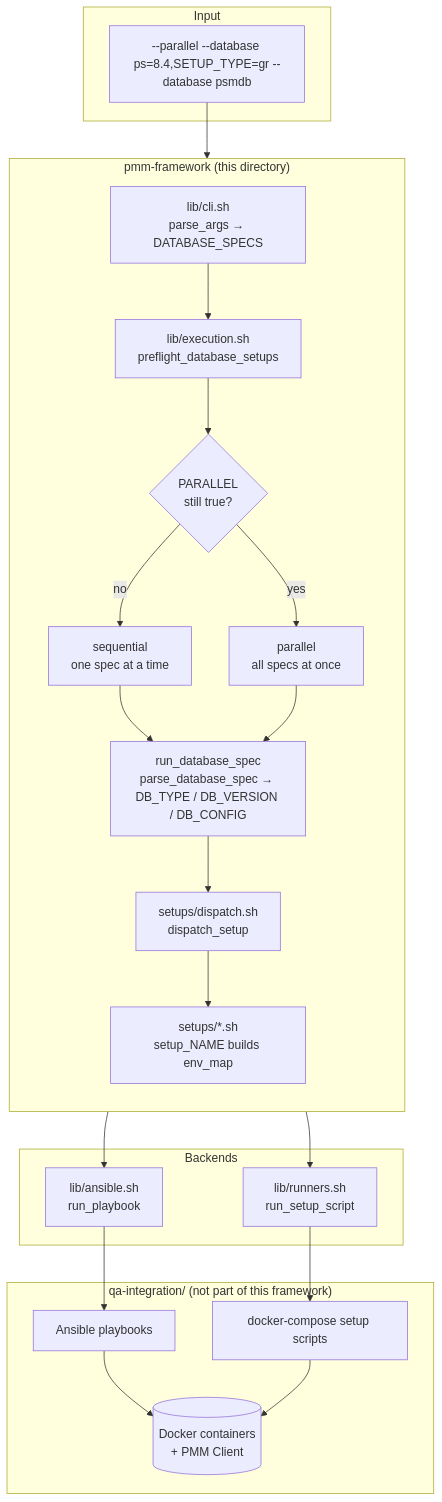
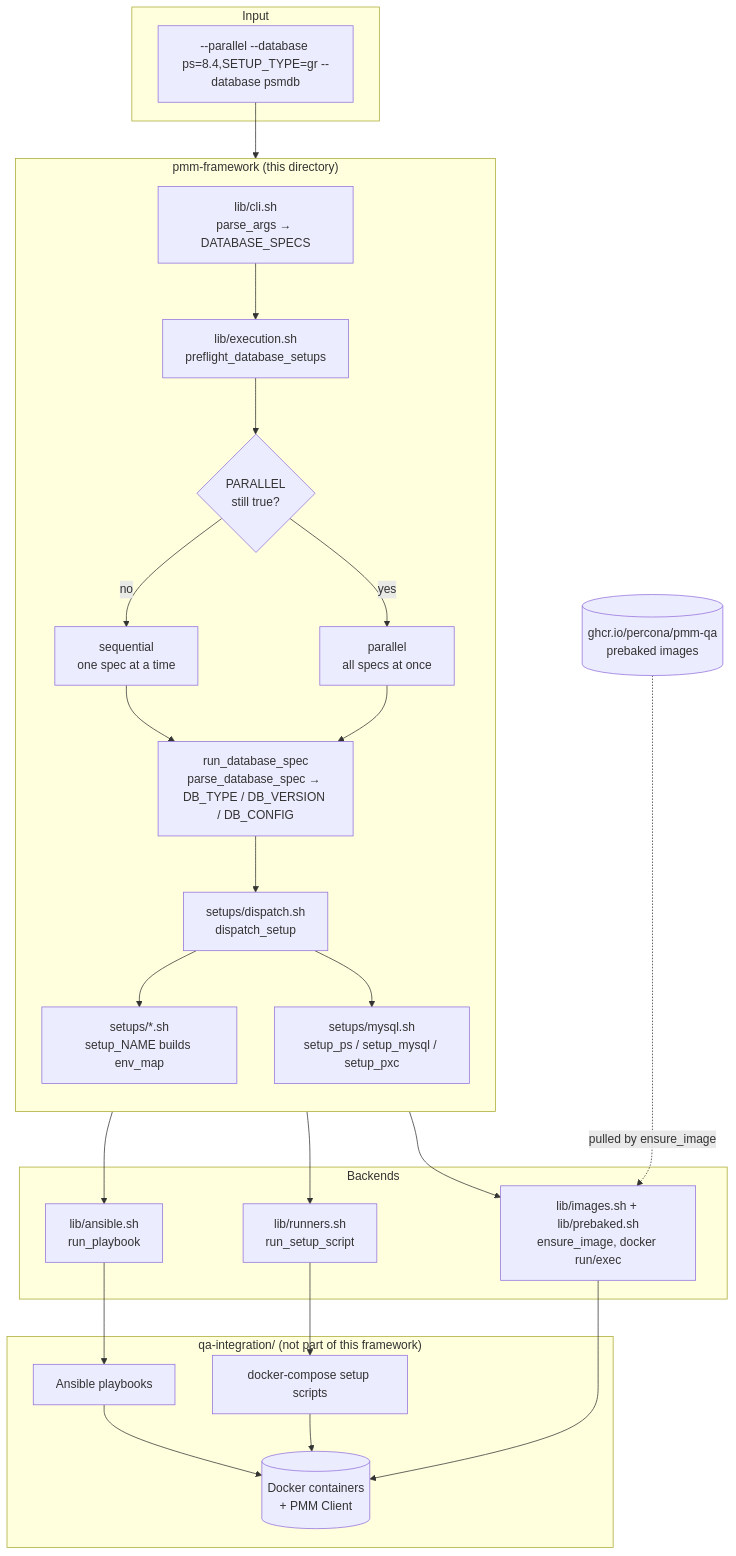
Before and after one commit to percona/pmm-qa: the first of 3 diagrams in qa-integration/pmm_qa/pmm-framework/ARCHITECTURE.md, drawn with Mermaid. The commit also changed other lines of this file and 25 other files, not shown here.

````diff
--- a/qa-integration/pmm_qa/pmm-framework/ARCHITECTURE.md
+++ b/qa-integration/pmm_qa/pmm-framework/ARCHITECTURE.md
@@ -16,36 +22,43 @@
 ```mermaid
 flowchart TB
     subgraph CLI["Input"]
         ARGS["--parallel --database ps=8.4,SETUP_TYPE=gr --database psmdb"]
     end
 
     subgraph FW["pmm-framework (this directory)"]
         direction TB
         PARSE["lib/cli.sh<br/>parse_args → DATABASE_SPECS"]
         PRE["lib/execution.sh<br/>preflight_database_setups"]
         STRAT{"PARALLEL<br/>still true?"}
         SEQ["sequential<br/>one spec at a time"]
         PAR["parallel<br/>all specs at once"]
         SPEC["run_database_spec<br/>parse_database_spec → DB_TYPE / DB_VERSION / DB_CONFIG"]
         DISP["setups/dispatch.sh<br/>dispatch_setup"]
         SETUP["setups/*.sh<br/>setup_NAME builds env_map"]
+        BAKED["setups/mysql.sh<br/>setup_ps / setup_mysql / setup_pxc"]
     end
 
     subgraph BACK["Backends"]
         PB["lib/ansible.sh<br/>run_playbook"]
         SC["lib/runners.sh<br/>run_setup_script"]
+        DK["lib/images.sh + lib/prebaked.sh<br/>ensure_image, docker run/exec"]
     end
 
     subgraph REAL["qa-integration/ (not part of this framework)"]
         YML["Ansible playbooks"]
         SH["docker-compose setup scripts"]
         DOCKER[("Docker containers<br/>+ PMM Client")]
     end
 
+    GHCR[("ghcr.io/percona/pmm-qa<br/>prebaked images")]
+
     ARGS --> PARSE --> PRE --> STRAT
     STRAT -- no --> SEQ --> SPEC
     STRAT -- yes --> PAR --> SPEC
     SPEC --> DISP --> SETUP
+    DISP --> BAKED
     SETUP --> PB --> YML --> DOCKER
     SETUP --> SC --> SH --> DOCKER
+    BAKED --> DK --> DOCKER
+    GHCR -. pulled by ensure_image .-> DK
 ```
````
